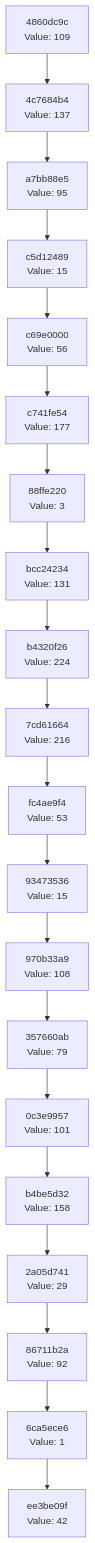
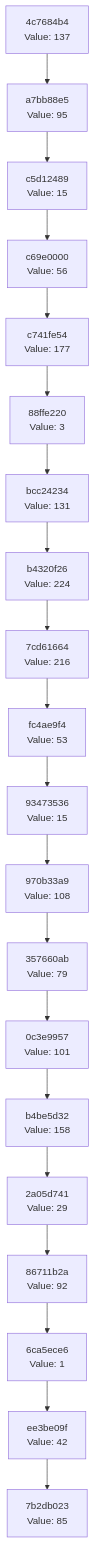
Before and after one commit to Abhisheksinha1506/hash-chain-evolver: the diagram in docs/CHAIN_VISUALIZATION.md, drawn with Mermaid. The commit also changed 2 other files, not shown here.

Commit message:
Evolution Step

````diff
--- a/docs/CHAIN_VISUALIZATION.md
+++ b/docs/CHAIN_VISUALIZATION.md
@@ -3,42 +3,42 @@
 ```mermaid
 graph TD
-    C0["ee3be09f<br/>Value: 42"]
-    C1["6ca5ece6<br/>Value: 1"]
+    C0["7b2db023<br/>Value: 85"]
+    C1["ee3be09f<br/>Value: 42"]
     C1 --> C0
-    C2["86711b2a<br/>Value: 92"]
+    C2["6ca5ece6<br/>Value: 1"]
     C2 --> C1
-    C3["2a05d741<br/>Value: 29"]
+    C3["86711b2a<br/>Value: 92"]
     C3 --> C2
-    C4["b4be5d32<br/>Value: 158"]
+    C4["2a05d741<br/>Value: 29"]
     C4 --> C3
-    C5["0c3e9957<br/>Value: 101"]
+    C5["b4be5d32<br/>Value: 158"]
     C5 --> C4
-    C6["357660ab<br/>Value: 79"]
+    C6["0c3e9957<br/>Value: 101"]
     C6 --> C5
-    C7["970b33a9<br/>Value: 108"]
+    C7["357660ab<br/>Value: 79"]
     C7 --> C6
-    C8["93473536<br/>Value: 15"]
+    C8["970b33a9<br/>Value: 108"]
     C8 --> C7
-    C9["fc4ae9f4<br/>Value: 53"]
+    C9["93473536<br/>Value: 15"]
     C9 --> C8
-    C10["7cd61664<br/>Value: 216"]
+    C10["fc4ae9f4<br/>Value: 53"]
     C10 --> C9
-    C11["b4320f26<br/>Value: 224"]
+    C11["7cd61664<br/>Value: 216"]
     C11 --> C10
-    C12["bcc24234<br/>Value: 131"]
+    C12["b4320f26<br/>Value: 224"]
     C12 --> C11
-    C13["88ffe220<br/>Value: 3"]
+    C13["bcc24234<br/>Value: 131"]
     C13 --> C12
-    C14["c741fe54<br/>Value: 177"]
+    C14["88ffe220<br/>Value: 3"]
     C14 --> C13
-    C15["c69e0000<br/>Value: 56"]
+    C15["c741fe54<br/>Value: 177"]
     C15 --> C14
-    C16["c5d12489<br/>Value: 15"]
+    C16["c69e0000<br/>Value: 56"]
     C16 --> C15
-    C17["a7bb88e5<br/>Value: 95"]
+    C17["c5d12489<br/>Value: 15"]
     C17 --> C16
-    C18["4c7684b4<br/>Value: 137"]
+    C18["a7bb88e5<br/>Value: 95"]
     C18 --> C17
-    C19["4860dc9c<br/>Value: 109"]
+    C19["4c7684b4<br/>Value: 137"]
     C19 --> C18
 ```
````
